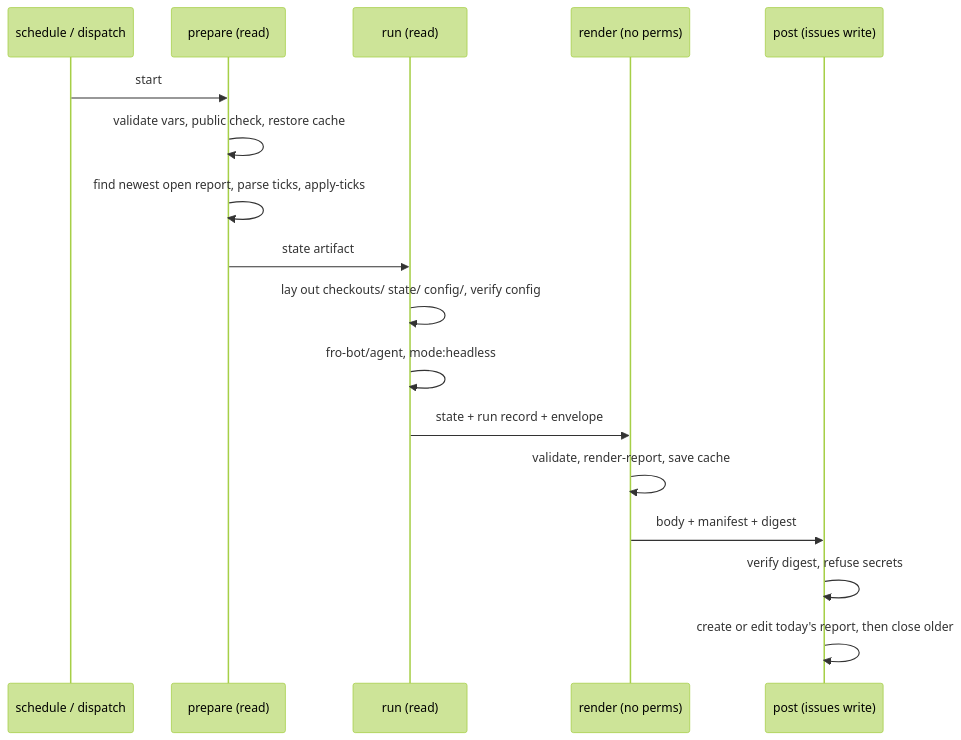
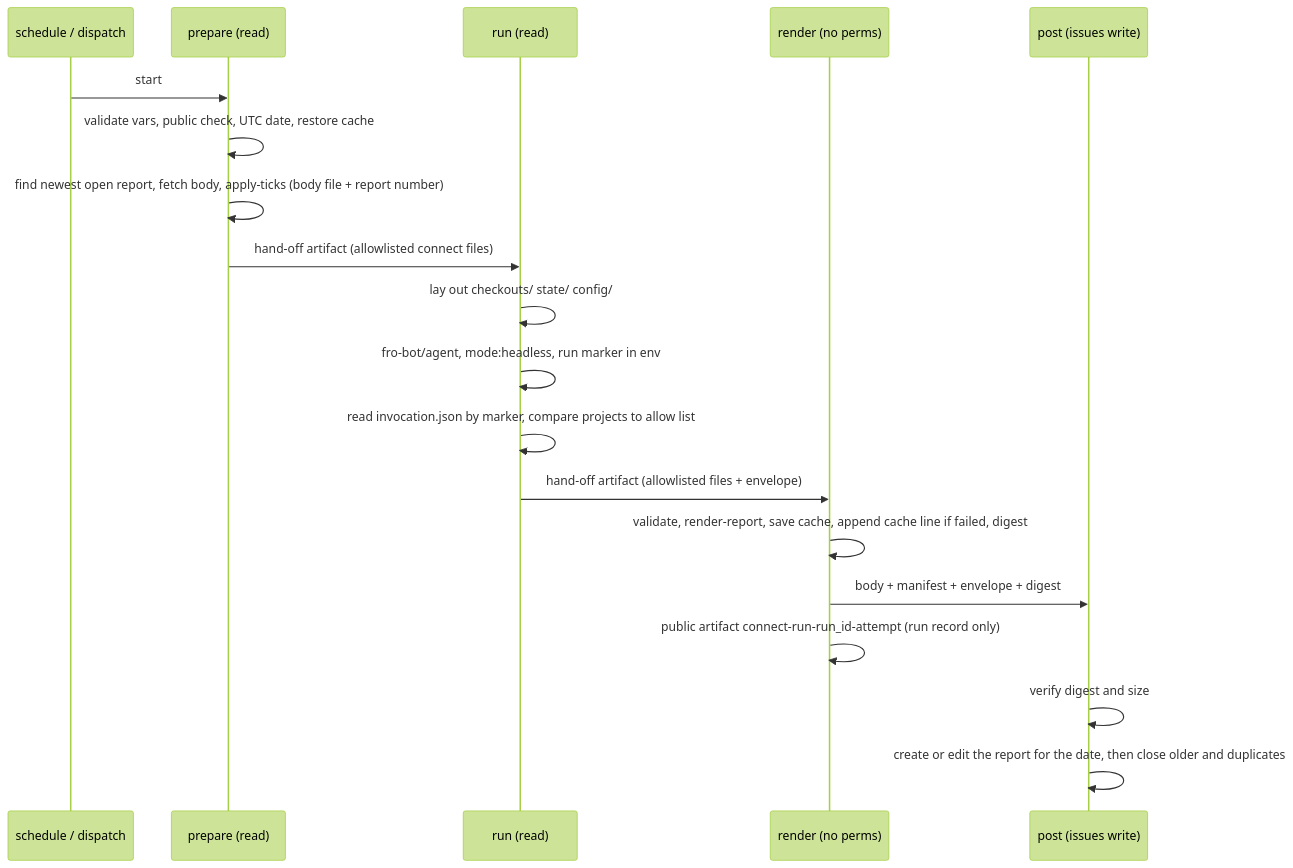
Before and after one commit to marcusrbrown/systematic: the first of 2 diagrams in docs/plans/2026-11-12-001-feat-connect-groups-scheduled-runs-plan.md, drawn with Mermaid (forest theme). The commit also changed other lines of this file, not shown here.

Commit message:
docs(plans): apply review fixes to the ce:connect groups and scheduled runs plan

````diff
--- a/docs/plans/2026-11-12-001-feat-connect-groups-scheduled-runs-plan.md
+++ b/docs/plans/2026-11-12-001-feat-connect-groups-scheduled-runs-plan.md
@@ -394,19 +412,21 @@
 ```mermaid
 sequenceDiagram
     participant Cron as schedule / dispatch
     participant Prep as prepare (read)
     participant Run as run (read)
     participant Rend as render (no perms)
     participant Post as post (issues write)
     Cron->>Prep: start
-    Prep->>Prep: validate vars, public check, restore cache
-    Prep->>Prep: find newest open report, parse ticks, apply-ticks
-    Prep->>Run: state artifact
-    Run->>Run: lay out checkouts/ state/ config/, verify config
-    Run->>Run: fro-bot/agent, mode:headless
-    Run->>Rend: state + run record + envelope
-    Rend->>Rend: validate, render-report, save cache
-    Rend->>Post: body + manifest + digest
-    Post->>Post: verify digest, refuse secrets
-    Post->>Post: create or edit today's report, then close older
+    Prep->>Prep: validate vars, public check, UTC date, restore cache
+    Prep->>Prep: find newest open report, fetch body, apply-ticks (body file + report number)
+    Prep->>Run: hand-off artifact (allowlisted connect files)
+    Run->>Run: lay out checkouts/ state/ config/
+    Run->>Run: fro-bot/agent, mode:headless, run marker in env
+    Run->>Run: read invocation.json by marker, compare projects to allow list
+    Run->>Rend: hand-off artifact (allowlisted files + envelope)
+    Rend->>Rend: validate, render-report, save cache, append cache line if failed, digest
+    Rend->>Post: body + manifest + envelope + digest
+    Rend->>Rend: public artifact connect-run-run_id-attempt (run record only)
+    Post->>Post: verify digest and size
+    Post->>Post: create or edit the report for the date, then close older and duplicates
 ```
````
